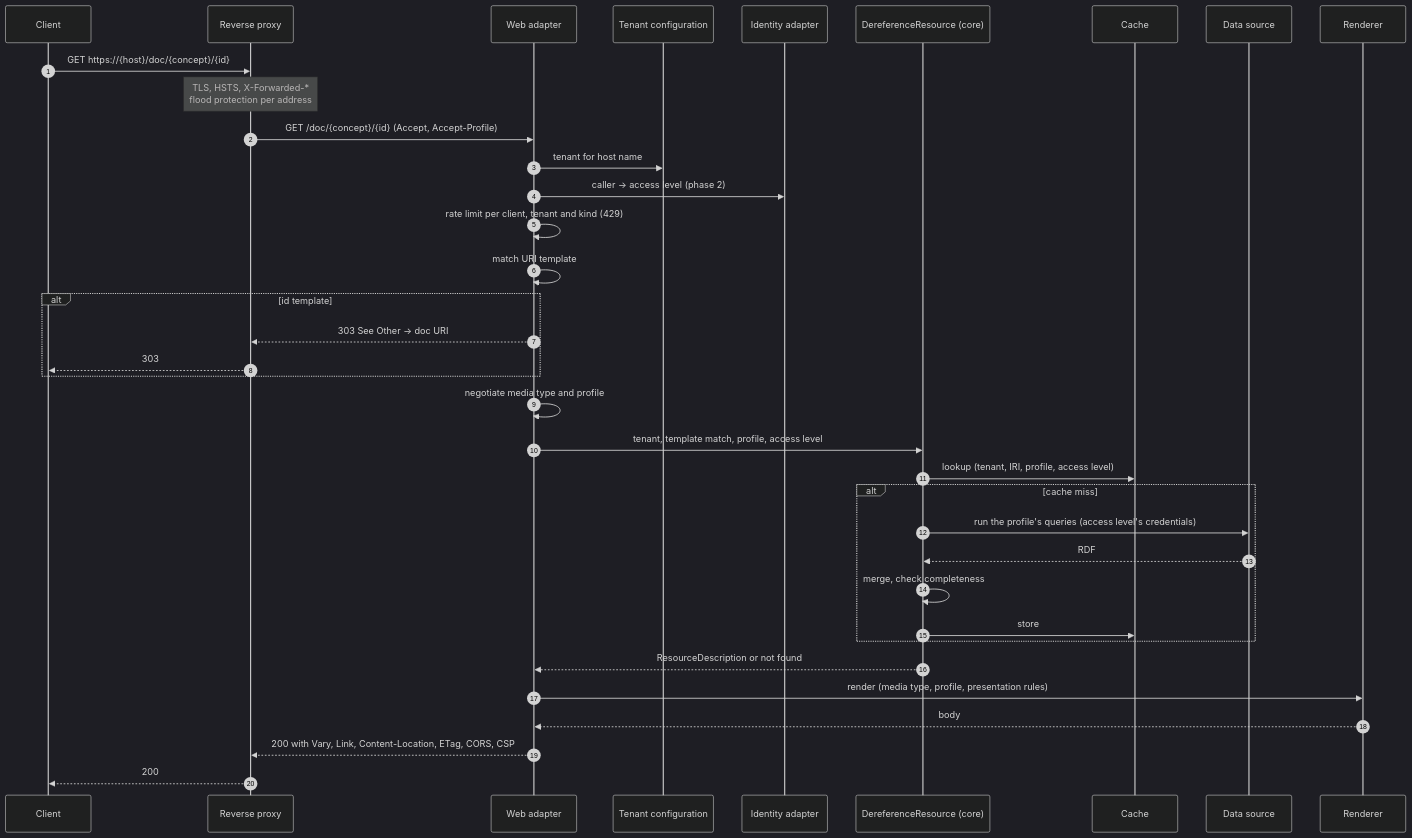
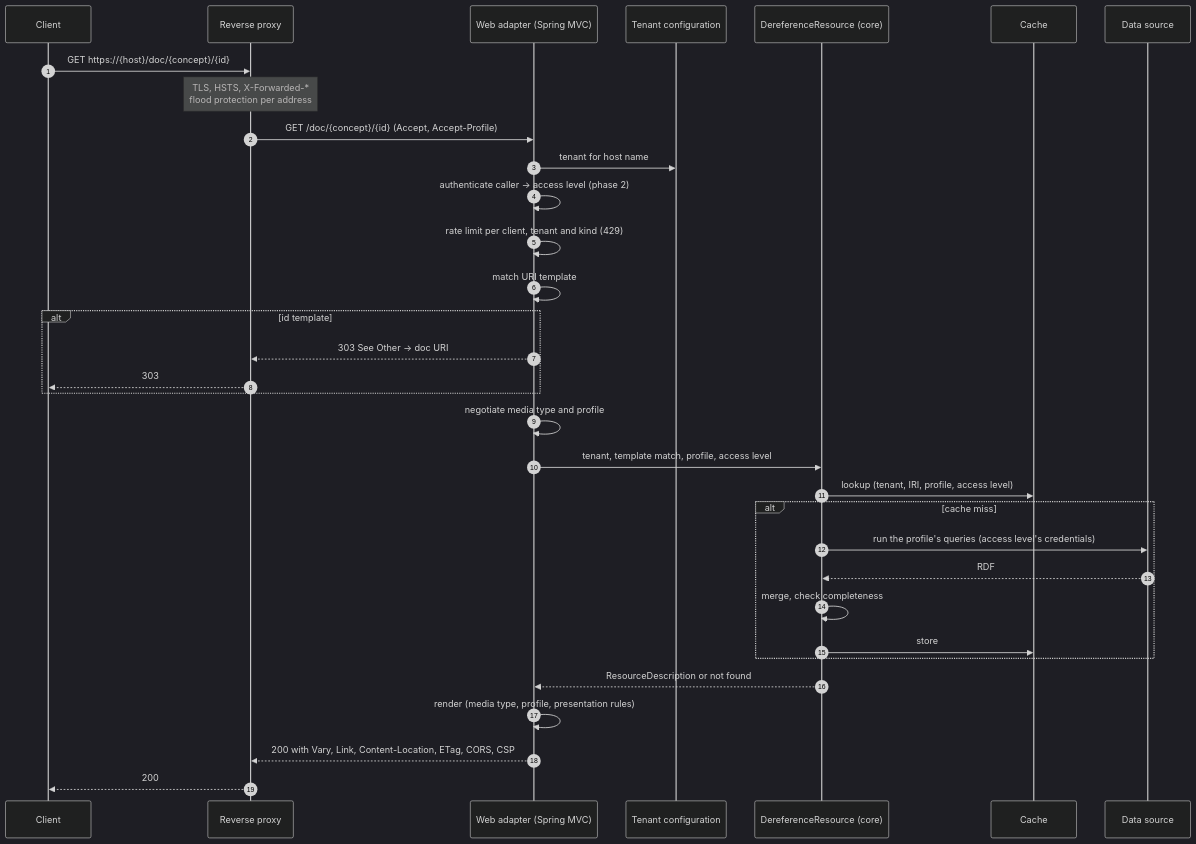
Before and after one commit to milieuinfo/SPieGeL: the diagram in docs/analysis/05-architecture/request-flow.md, drawn with Mermaid (dark theme). The commit also changed other lines of this file and 9 other files, not shown here.

First line of the commit message:
docs: move rendering and authentication into the web adapter

````diff
--- a/docs/analysis/05-architecture/request-flow.md
+++ b/docs/analysis/05-architecture/request-flow.md
@@ -17,38 +17,35 @@
 ```mermaid
 sequenceDiagram
     autonumber
     participant C as Client
     participant P as Reverse proxy
-    participant W as Web adapter
+    participant W as Web adapter (Spring MVC)
     participant T as Tenant configuration
-    participant I as Identity adapter
     participant U as DereferenceResource (core)
     participant K as Cache
     participant D as Data source
-    participant R as Renderer
     C->>P: GET https://{host}/doc/{concept}/{id}
     Note over P: TLS, HSTS, X-Forwarded-*<br/>flood protection per address
     P->>W: GET /doc/{concept}/{id} (Accept, Accept-Profile)
     W->>T: tenant for host name
-    W->>I: caller → access level (phase 2)
+    W->>W: authenticate caller → access level (phase 2)
     W->>W: rate limit per client, tenant and kind (429)
     W->>W: match URI template
     alt id template
         W-->>P: 303 See Other → doc URI
         P-->>C: 303
     end
     W->>W: negotiate media type and profile
     W->>U: tenant, template match, profile, access level
     U->>K: lookup (tenant, IRI, profile, access level)
     alt cache miss
         U->>D: run the profile's queries (access level's credentials)
         D-->>U: RDF
         U->>U: merge, check completeness
         U->>K: store
     end
     U-->>W: ResourceDescription or not found
-    W->>R: render (media type, profile, presentation rules)
-    R-->>W: body
+    W->>W: render (media type, profile, presentation rules)
     W-->>P: 200 with Vary, Link, Content-Location, ETag, CORS, CSP
     P-->>C: 200
 ```
````
